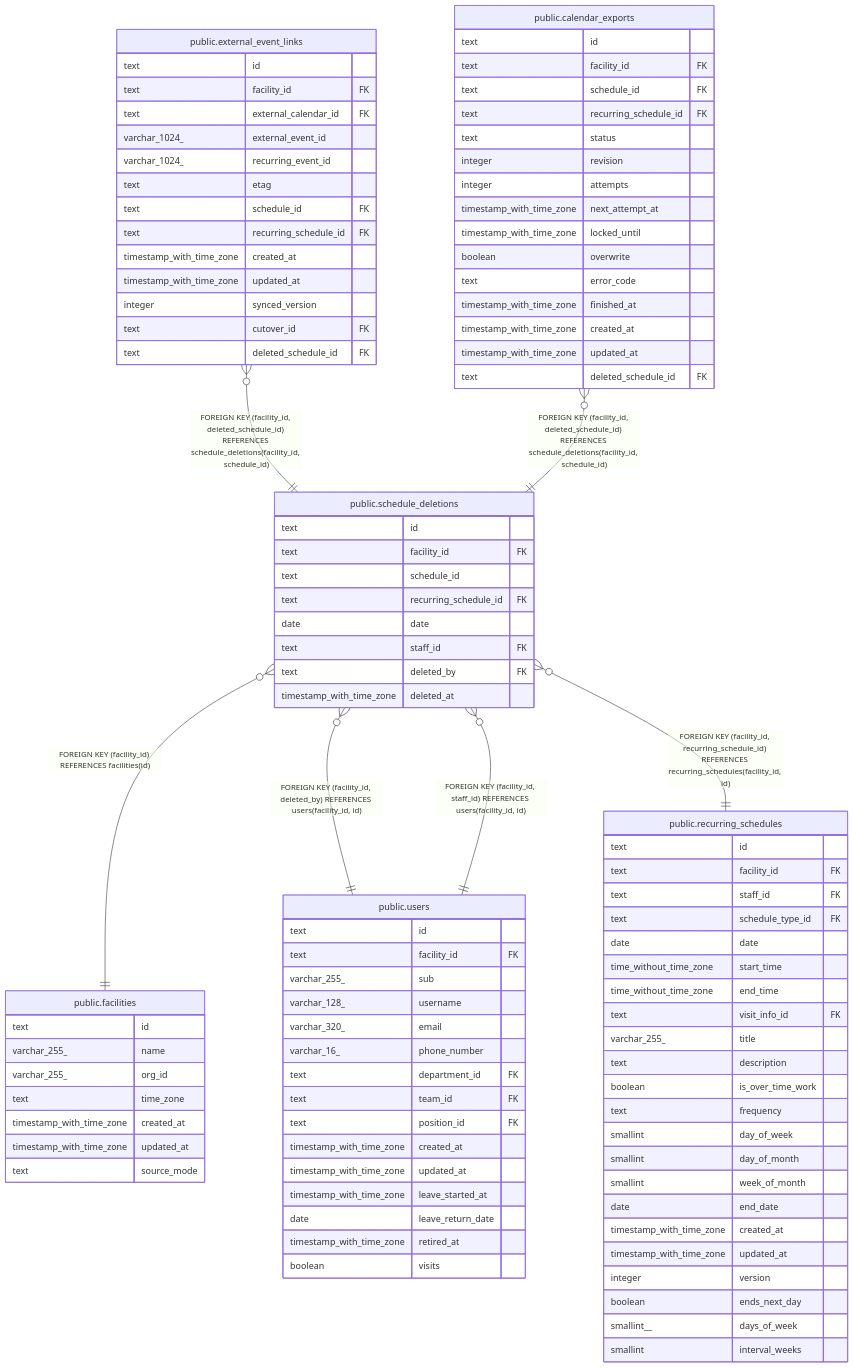
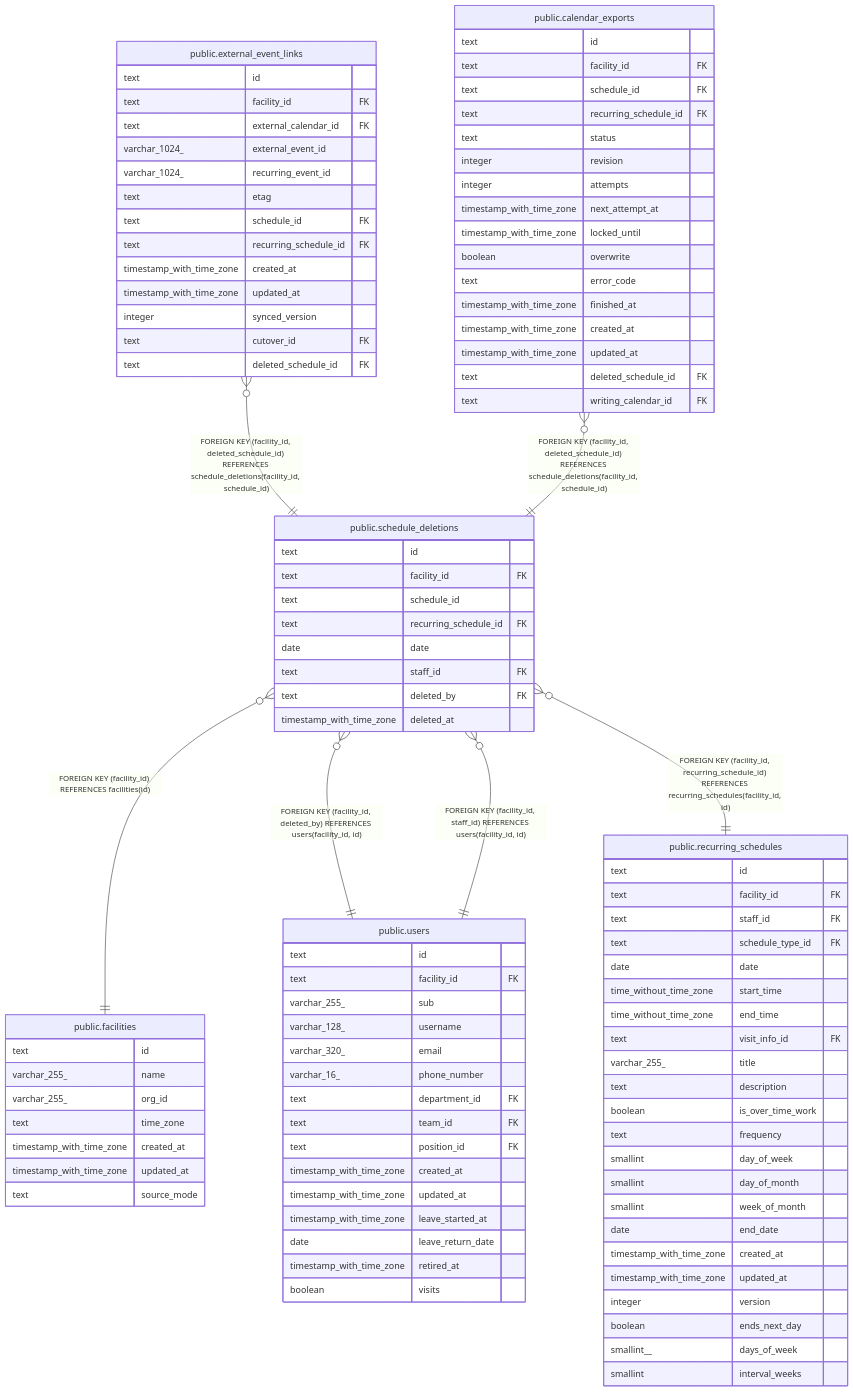
Before and after one commit to Fukuemon/buddy: the diagram in docs/db/schedule/public.schedule_deletions.md, drawn with Mermaid. The commit also changed 26 other files, not shown here.

````diff
--- a/docs/db/schedule/public.schedule_deletions.md
+++ b/docs/db/schedule/public.schedule_deletions.md
@@ -156,5 +156,6 @@
   timestamp_with_time_zone created_at
   timestamp_with_time_zone updated_at
   text deleted_schedule_id FK
+  text writing_calendar_id FK
 }
 ```
````
